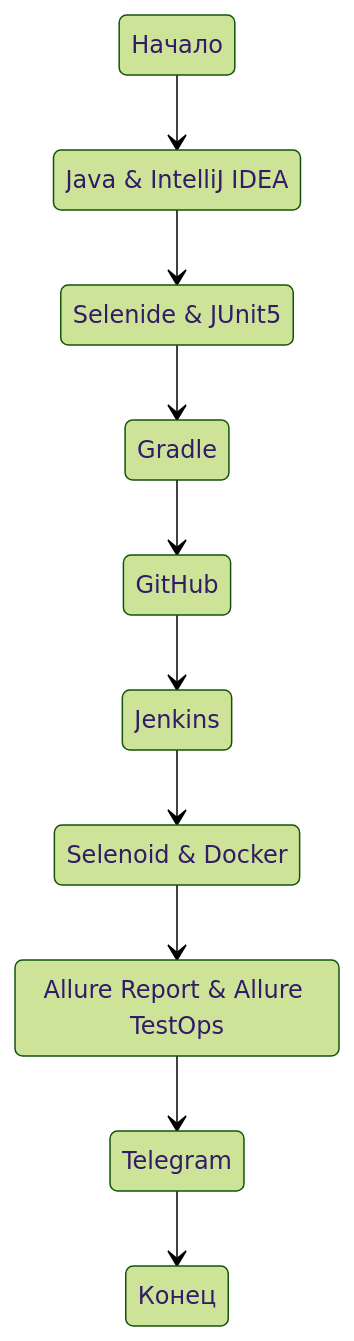
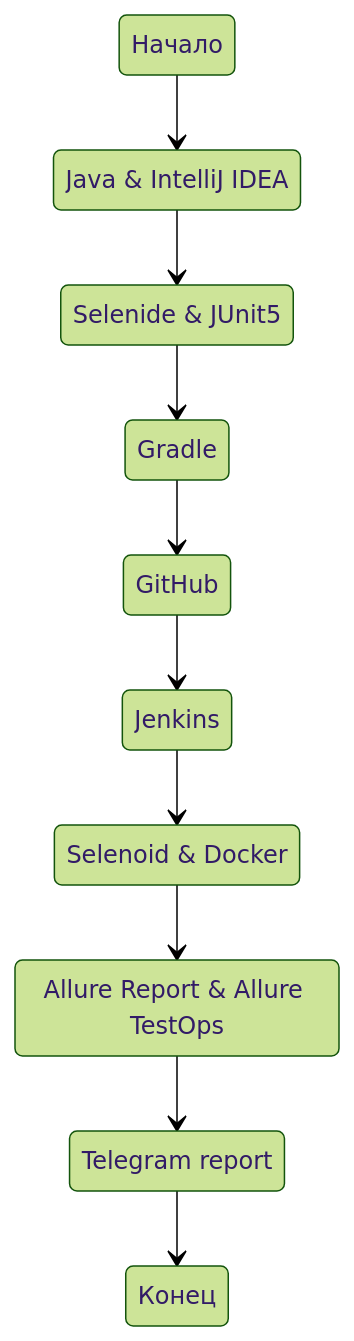
One commit to Suneks/github_dip_UI changed the diagram in README.md. Above: the diagram before and after it, drawn with Mermaid (forest theme).

````diff
--- a/README.md
+++ b/README.md
@@ -23,22 +23,22 @@
 ```mermaid        
     stateDiagram-v2
         State1: Начало
         State2: Java & IntelliJ IDEA
         State3: Selenide & JUnit5
         State4: Gradle
         State5: GitHub
         State6: Jenkins
         State7: Selenoid & Docker
         State8: Allure Report & Allure TestOps
-        State9: Telegram
+        State9: Telegram report
         State10: Конец
         State1 --> State2
         State2 --> State3
         State3 --> State4
         State4 --> State5
         State5 --> State6
         State6 --> State7
         State7 --> State8
         State8 --> State9
         State9 --> State10
 ```
````
